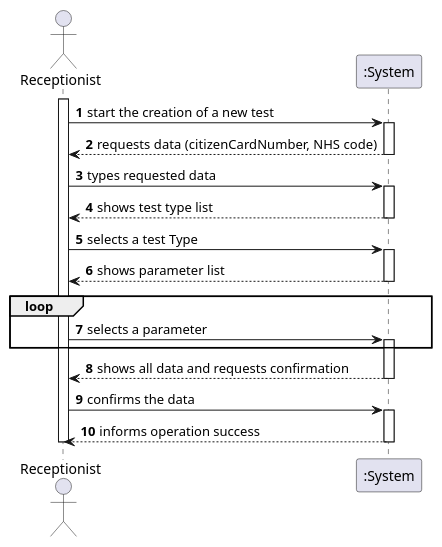
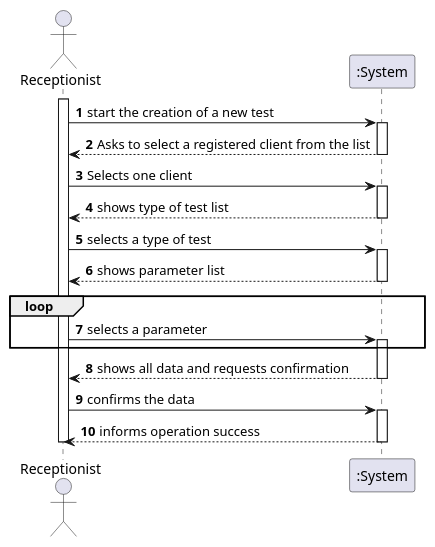
One commit to GuilhermeCunha79/lapr2 changed the diagram in docs/SprintC/US4/UC4_SSD.puml. Above: the diagram before and after it, drawn with PlantUML. The commit also changed 6 other files, not shown here.

Commit message:
[US4]Update all Diagrams and .md

```diff
--- a/docs/SprintC/US4/UC4_SSD.puml
+++ b/docs/SprintC/US4/UC4_SSD.puml
@@ -1,31 +1,31 @@
 @startuml
 autonumber
 actor "Receptionist" as RE
 
 activate RE
 RE -> ":System" : start the creation of a new test
 activate ":System"
-":System" --> RE : requests data (citizenCardNumber, NHS code)
+":System" --> RE : Asks to select a registered client from the list
 deactivate ":System"
-RE -> ":System" : types requested data
+RE -> ":System" : Selects one client
 activate ":System"
-":System" --> RE : shows test type list
+":System" --> RE : shows type of test list
 deactivate ":System"
-RE -> ":System" : selects a test Type
+RE -> ":System" : selects a type of test
 activate ":System"
 ":System" --> RE : shows parameter list
 loop
 deactivate ":System"
 RE -> ":System" : selects a parameter
 activate ":System"
 end
 ":System" --> RE : shows all data and requests confirmation
 deactivate ":System"
 RE -> ":System" : confirms the data
 activate ":System"
 ":System" --> RE : informs operation success
 deactivate ":System"
 
 deactivate RE
 
 @enduml
```
